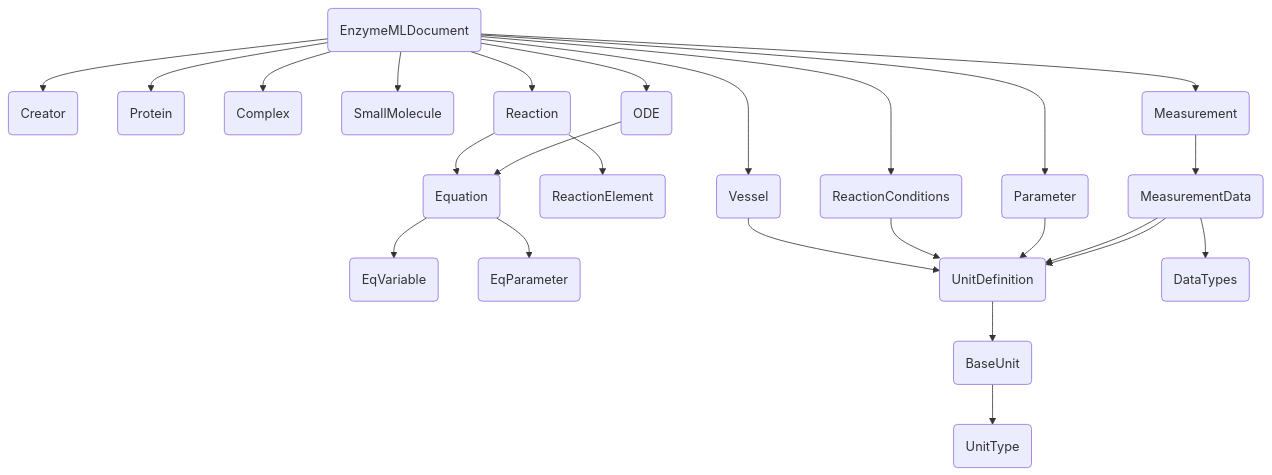
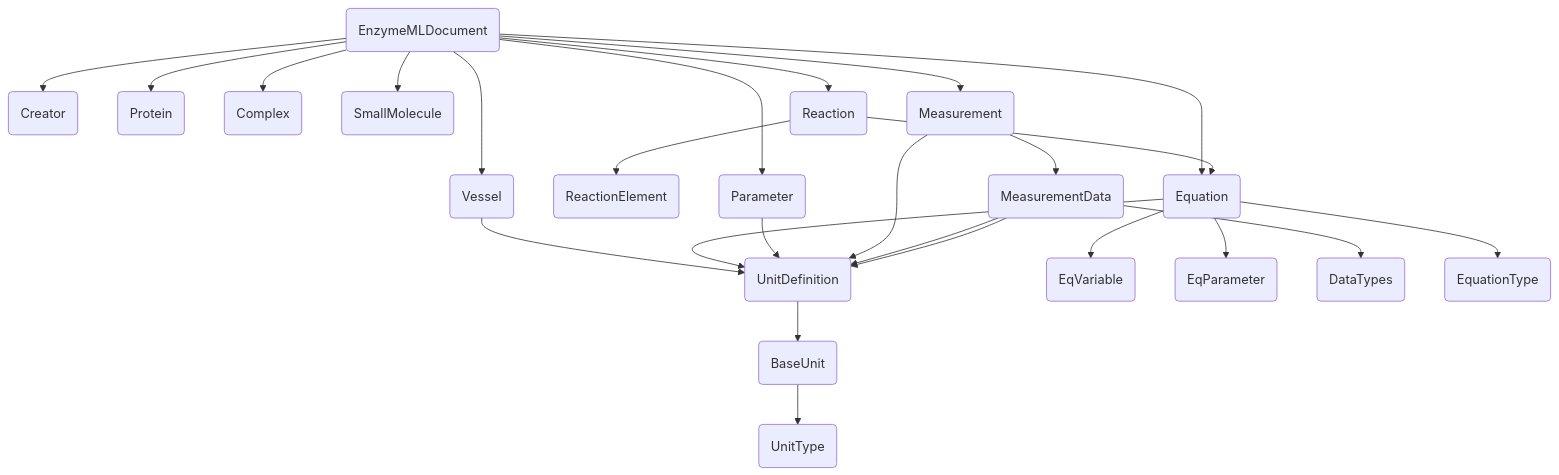
Before and after one commit to EnzymeML/enzymeml-specifications: the diagram in docs/model.md, drawn with Mermaid. The commit also changed other lines of this file and 8 other files, not shown here.

Commit message:
added EquationType to model

````diff
--- a/docs/model.md
+++ b/docs/model.md
@@ -11,68 +11,66 @@
     ``` mermaid
     flowchart TB
         enzymemldocument(EnzymeMLDocument)
         creator(Creator)
         vessel(Vessel)
         protein(Protein)
         complex(Complex)
         smallmolecule(SmallMolecule)
         reaction(Reaction)
         reactionelement(ReactionElement)
-        reactionconditions(ReactionConditions)
-        ode(ODE)
+        equation(Equation)
         parameter(Parameter)
         measurement(Measurement)
         measurementdata(MeasurementData)
-        equation(Equation)
+        unitdefinition(UnitDefinition)
+        baseunit(BaseUnit)
         eqvariable(EqVariable)
         eqparameter(EqParameter)
-        unitdefinition(UnitDefinition)
-        baseunit(BaseUnit)
         datatypes(DataTypes)
+        equationtype(EquationType)
         unittype(UnitType)
         enzymemldocument(EnzymeMLDocument) --> creator(Creator)
         enzymemldocument(EnzymeMLDocument) --> vessel(Vessel)
         enzymemldocument(EnzymeMLDocument) --> protein(Protein)
         enzymemldocument(EnzymeMLDocument) --> complex(Complex)
         enzymemldocument(EnzymeMLDocument) --> smallmolecule(SmallMolecule)
         enzymemldocument(EnzymeMLDocument) --> reaction(Reaction)
-        enzymemldocument(EnzymeMLDocument) --> reactionconditions(ReactionConditions)
         enzymemldocument(EnzymeMLDocument) --> measurement(Measurement)
-        enzymemldocument(EnzymeMLDocument) --> ode(ODE)
+        enzymemldocument(EnzymeMLDocument) --> equation(Equation)
         enzymemldocument(EnzymeMLDocument) --> parameter(Parameter)
         vessel(Vessel) --> unitdefinition(UnitDefinition)
         reaction(Reaction) --> equation(Equation)
         reaction(Reaction) --> reactionelement(ReactionElement)
-        reactionconditions(ReactionConditions) --> unitdefinition(UnitDefinition)
-        ode(ODE) --> equation(Equation)
+        equation(Equation) --> unitdefinition(UnitDefinition)
+        equation(Equation) --> equationtype(EquationType)
+        equation(Equation) --> eqvariable(EqVariable)
+        equation(Equation) --> eqparameter(EqParameter)
         parameter(Parameter) --> unitdefinition(UnitDefinition)
         measurement(Measurement) --> measurementdata(MeasurementData)
+        measurement(Measurement) --> unitdefinition(UnitDefinition)
         measurementdata(MeasurementData) --> datatypes(DataTypes)
         measurementdata(MeasurementData) --> unitdefinition(UnitDefinition)
         measurementdata(MeasurementData) --> unitdefinition(UnitDefinition)
-        equation(Equation) --> eqvariable(EqVariable)
-        equation(Equation) --> eqparameter(EqParameter)
         unitdefinition(UnitDefinition) --> baseunit(BaseUnit)
         baseunit(BaseUnit) --> unittype(UnitType)
 
         click enzymemldocument "#enzymemldocument" "Go to EnzymeMLDocument"
         click creator "#creator" "Go to Creator"
         click vessel "#vessel" "Go to Vessel"
         click protein "#protein" "Go to Protein"
         click complex "#complex" "Go to Complex"
         click smallmolecule "#smallmolecule" "Go to SmallMolecule"
         click reaction "#reaction" "Go to Reaction"
         click reactionelement "#reactionelement" "Go to ReactionElement"
-        click reactionconditions "#reactionconditions" "Go to ReactionConditions"
-        click ode "#ode" "Go to ODE"
+        click equation "#equation" "Go to Equation"
         click parameter "#parameter" "Go to Parameter"
         click measurement "#measurement" "Go to Measurement"
         click measurementdata "#measurementdata" "Go to MeasurementData"
-        click equation "#equation" "Go to Equation"
+        click unitdefinition "#unitdefinition" "Go to UnitDefinition"
+        click baseunit "#baseunit" "Go to BaseUnit"
         click eqvariable "#eqvariable" "Go to EqVariable"
         click eqparameter "#eqparameter" "Go to EqParameter"
-        click unitdefinition "#unitdefinition" "Go to UnitDefinition"
-        click baseunit "#baseunit" "Go to BaseUnit"
         click datatypes "#datatypes" "Go to DataTypes"
+        click equationtype "#equationtype" "Go to EquationType"
         click unittype "#unittype" "Go to UnitType"
     ```
````
